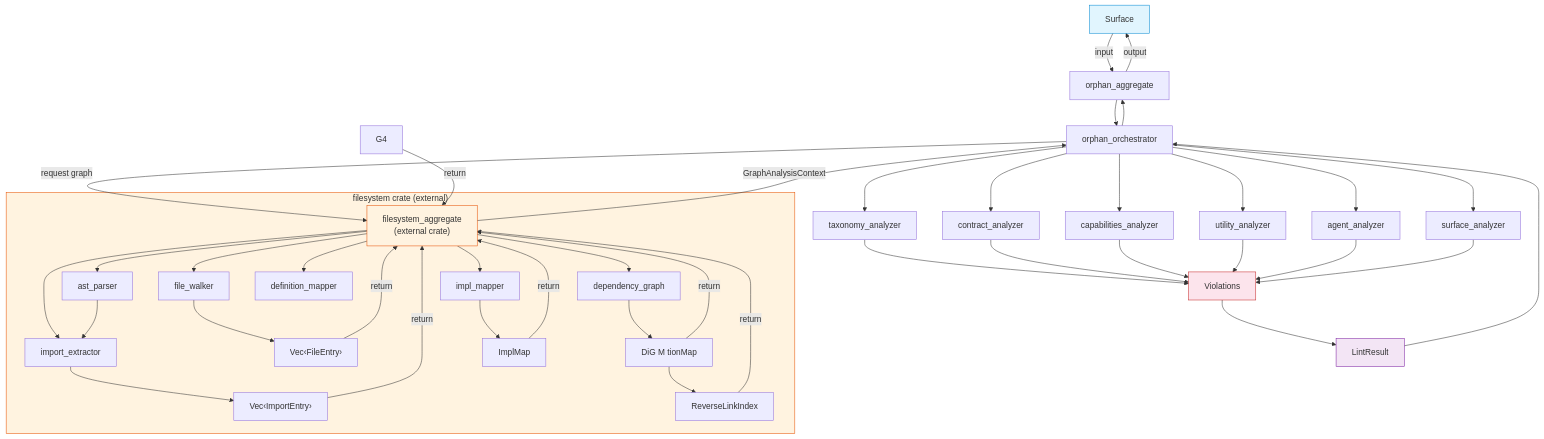
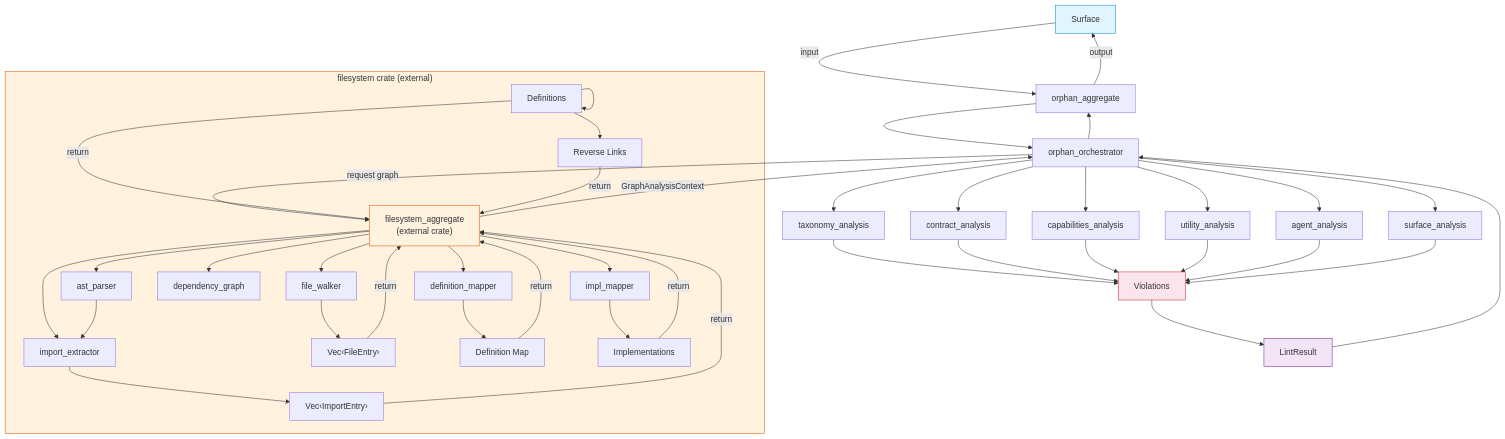
One commit to rakaarwaky/lint-arwaky changed the diagram in crates/orphan-detector/FRD.md. Above: the diagram before and after it, drawn with Mermaid. The commit also changed other lines of this file and 17 other files, not shown here.

Commit message:
docs: standardize FRD documentation terminology, structure, and Mermaid diagrams across all crates.

````diff
--- a/crates/orphan-detector/FRD.md
+++ b/crates/orphan-detector/FRD.md
@@ -13,55 +13,56 @@
 ```mermaid
 flowchart TD
     A["Surface"] -->|input| B["orphan_aggregate"]
     B --> C["orphan_orchestrator"]
 
     C -->|"request graph"| D["filesystem_aggregate\n(external crate)"]
 
     subgraph FS ["filesystem crate (external)"]
         D --> E1["file_walker"]
         D --> F1["ast_parser"]
         D --> F2["import_extractor"]
         D --> F3["dependency_graph"]
         D --> F4["definition_mapper"]
         D --> F5["impl_mapper"]
         F1 --> F2
         E1 --> G1["Vec‹FileEntry›"]
         F2 --> G2["Vec‹ImportEntry›"]
-        F3 --> G3["DiG M tionMap"]
-        F5 --> G5["ImplMap"]
-        G3 --> G6["ReverseLinkIndex"]
+        G3 --> G3["Definitions"]
+        F4 --> G4["Definition Map"]
+        F5 --> G5["Implementations"]
+        G3 --> G6["Reverse Links"]
     end
 
     G1 -->|"return"| D
     G2 -->|"return"| D
     G3 -->|"return"| D
     G4 -->|"return"| D
     G5 -->|"return"| D
     G6 -->|"return"| D
 
     D -->|"GraphAnalysisContext"| C
 
-    C --> H1["taxonomy_analyzer"]
-    C --> H2["contract_analyzer"]
-    C --> H3["capabilities_analyzer"]
-    C --> H4["utility_analyzer"]
-    C --> H5["agent_analyzer"]
-    C --> H6["surface_analyzer"]
+    C --> H1["taxonomy_analysis"]
+    C --> H2["contract_analysis"]
+    C --> H3["capabilities_analysis"]
+    C --> H4["utility_analysis"]
+    C --> H5["agent_analysis"]
+    C --> H6["surface_analysis"]
 
     H1 --> I["Violations"]
     H2 --> I
     H3 --> I
     H4 --> I
     H5 --> I
     H6 --> I
     I --> J["LintResult"]
     J --> C
     C --> B
     B -->|output| A
 
     style A fill:#e1f5fe,stroke:#0288d1
     style FS fill:#fff3e0,stroke:#e65100
     style D fill:#fff3e0,stroke:#e65100
     style I fill:#fce4ec,stroke:#c62828
     style J fill:#f3e5f5,stroke:#7b1fa2
 ```
````
